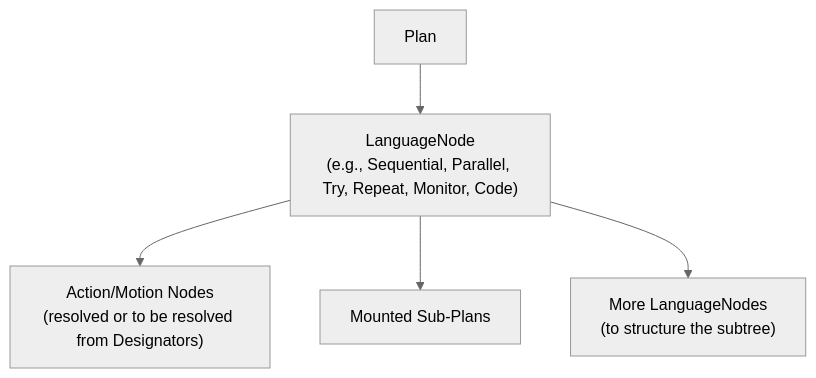
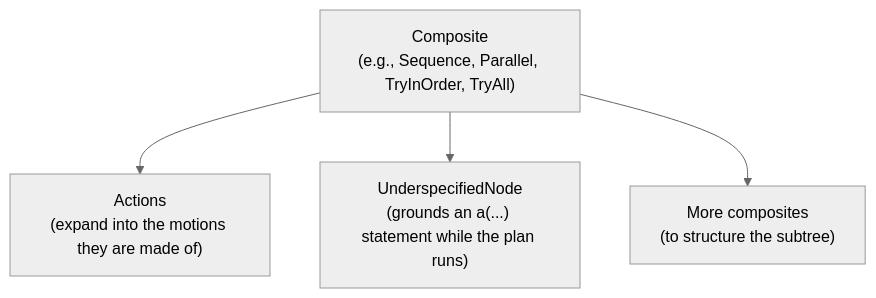
One commit to Tigul/cognitive_robot_abstract_machine changed the diagram in coraplex/doc/source/plan.md. Above: the diagram before and after it, drawn with Mermaid (neutral theme). The commit also changed other lines of this file and 58 other files, not shown here.

````diff
--- a/coraplex/doc/source/plan.md
+++ b/coraplex/doc/source/plan.md
@@ -39,7 +26,7 @@
 ```mermaid
 flowchart TD
-    Plan --> Language["LanguageNode<br/>(e.g., Sequential, Parallel, Try, Repeat, Monitor, Code)"]
-    Language --> Action["Action/Motion Nodes<br/>(resolved or to be resolved from Designators)"]
-    Language --> SubPlan["Mounted Sub-Plans"]
-    Language --> More["More LanguageNodes<br/>(to structure the subtree)"]
+    Root["Composite<br/>(e.g., Sequence, Parallel, TryInOrder, TryAll)"]
+    Root --> Action["Actions<br/>(expand into the motions they are made of)"]
+    Root --> Underspecified["UnderspecifiedNode<br/>(grounds an a(...) statement while the plan runs)"]
+    Root --> More["More composites<br/>(to structure the subtree)"]
 ```
````
